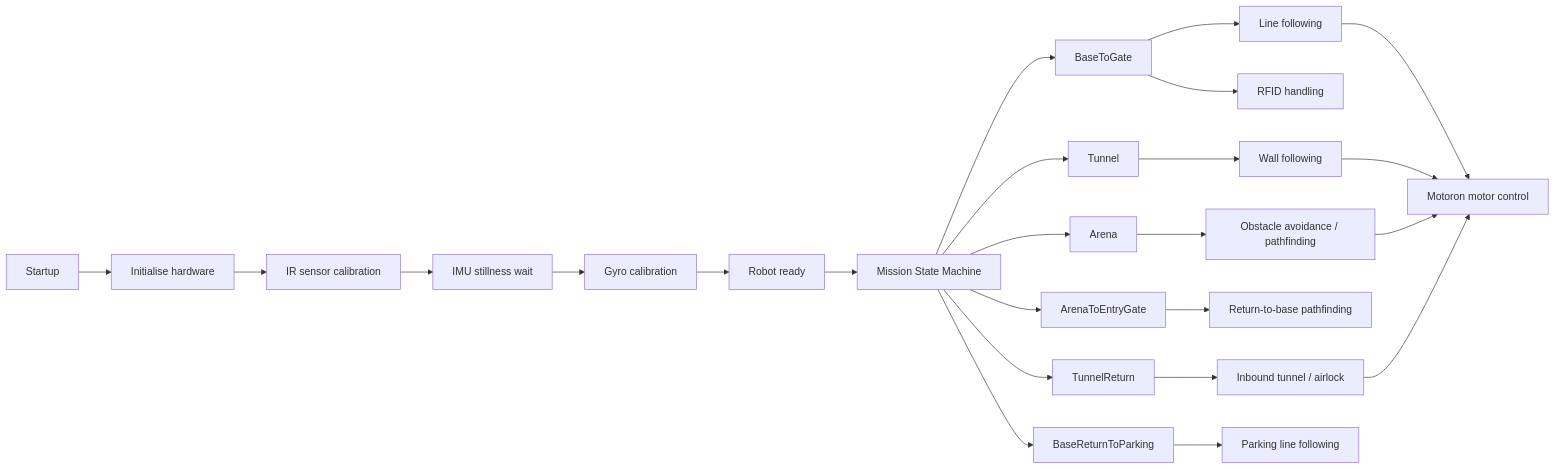
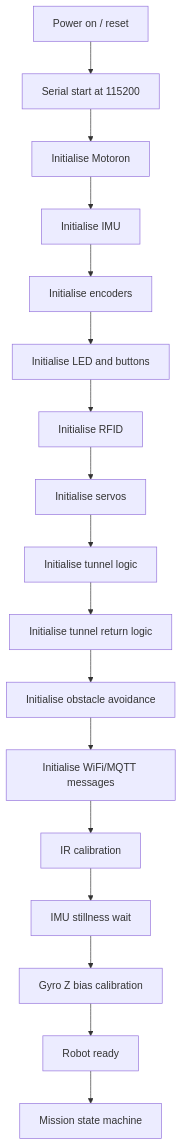
The first of 14 diagrams in README.md (Nolanyu99/term3_robot), drawn with Mermaid before and after one commit. The commit also changed other lines of this file, not shown here.

````diff
--- a/README.md
+++ b/README.md
@@ -249,30 +314,19 @@
 ```mermaid
-flowchart LR
-    A[Startup] --> B[Initialise hardware]
-    B --> C[IR sensor calibration]
-    C --> D[IMU stillness wait]
-    D --> E[Gyro calibration]
-    E --> F[Robot ready]
-
-    F --> G[Mission State Machine]
-
-    G --> H[BaseToGate]
-    G --> I[Tunnel]
-    G --> J[Arena]
-    G --> K[ArenaToEntryGate]
-    G --> L[TunnelReturn]
-    G --> M[BaseReturnToParking]
-
-    H --> N[Line following]
-    H --> O[RFID handling]
-    I --> P[Wall following]
-    J --> Q[Obstacle avoidance / pathfinding]
-    K --> R[Return-to-base pathfinding]
-    L --> S[Inbound tunnel / airlock]
-    M --> T[Parking line following]
-
-    N --> U[Motoron motor control]
-    P --> U
-    Q --> U
-    S --> U
+flowchart TD
+    A[Power on / reset] --> B[Serial start at 115200]
+    B --> C[Initialise Motoron]
+    C --> D[Initialise IMU]
+    D --> E[Initialise encoders]
+    E --> F[Initialise LED and buttons]
+    F --> G[Initialise RFID]
+    G --> H[Initialise servos]
+    H --> I[Initialise tunnel logic]
+    I --> J[Initialise tunnel return logic]
+    J --> K[Initialise obstacle avoidance]
+    K --> L[Initialise WiFi/MQTT messages]
+    L --> M[IR calibration]
+    M --> N[IMU stillness wait]
+    N --> O[Gyro Z bias calibration]
+    O --> P[Robot ready]
+    P --> Q[Mission state machine]
 ```
````
